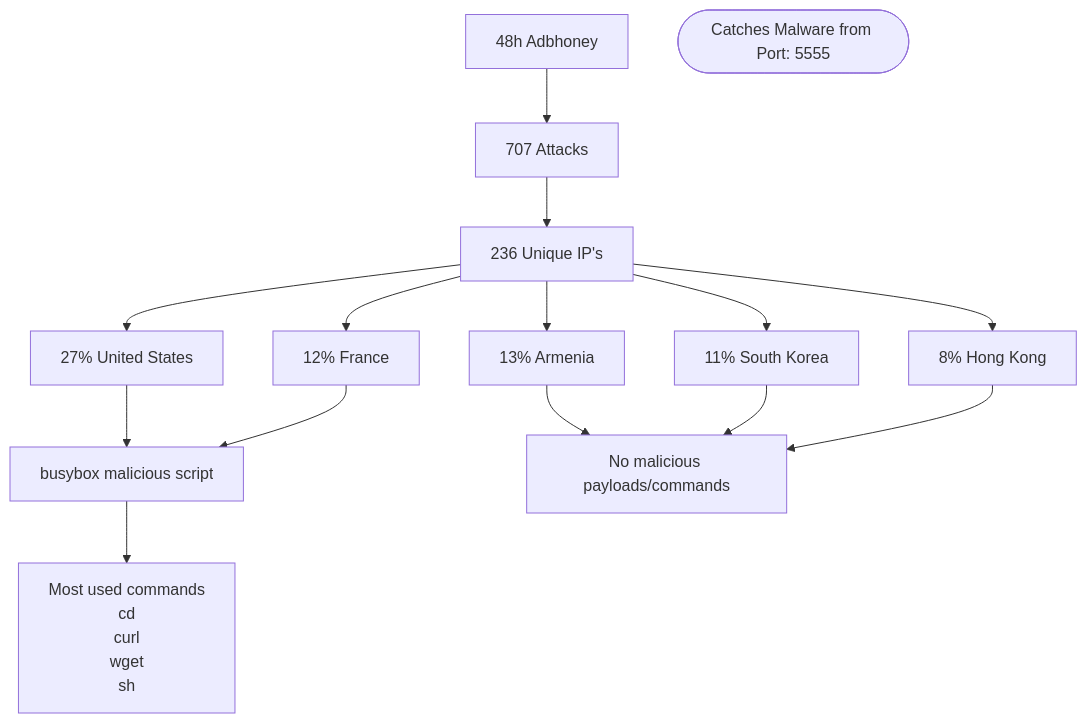
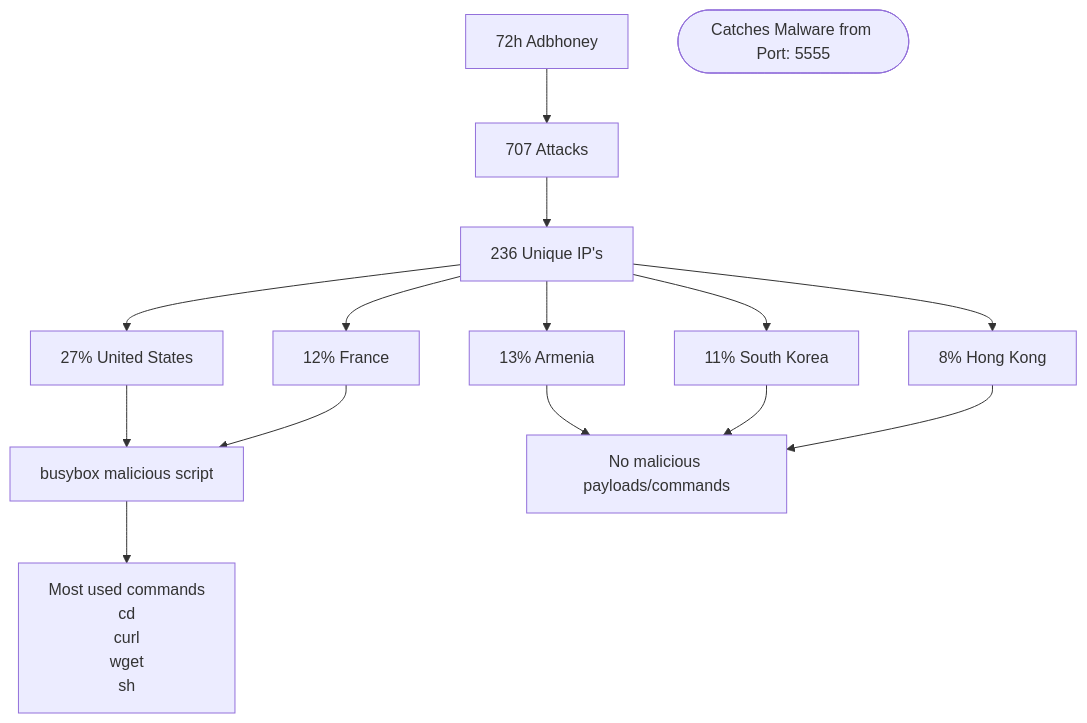
One commit to matthewomccorkle/matthewomccorkle.github.io changed the first of 2 diagrams in in_depth_data.md. Above: the diagram before and after it, drawn with Mermaid. The commit also changed other lines of this file, not shown here.

````diff
--- a/in_depth_data.md
+++ b/in_depth_data.md
@@ -5,17 +5,17 @@
 ```mermaid
 flowchart TD
-    A[48h Adbhoney] -->B[707 Attacks]
+    A[72h Adbhoney] -->B[707 Attacks]
     B[707 Attacks] -->C[236 Unique IP's]
     C[236 Unique IP's] -->D[27% United States]
     C[236 Unique IP's] -->E[13% Armenia]
     C[236 Unique IP's] -->F[12% France]
     C[236 Unique IP's] -->G[11% South Korea]
     C[236 Unique IP's] -->H[8% Hong Kong]
     D[27% United States] -->I[busybox malicious script]
     E[13% Armenia] -->J[No malicious payloads/commands]
     F[12% France] -->I[busybox malicious script]
     G[11% South Korea] -->J[No malicious payloads/commands]
     H[8% Hong Kong] -->J[No malicious payloads/commands]
     I[busybox malicious script] --> K[Most used commands <br> cd<br>curl<br>wget<br>sh<br>]
 id1([Catches Malware from Port: 5555 ])
 ```
````
